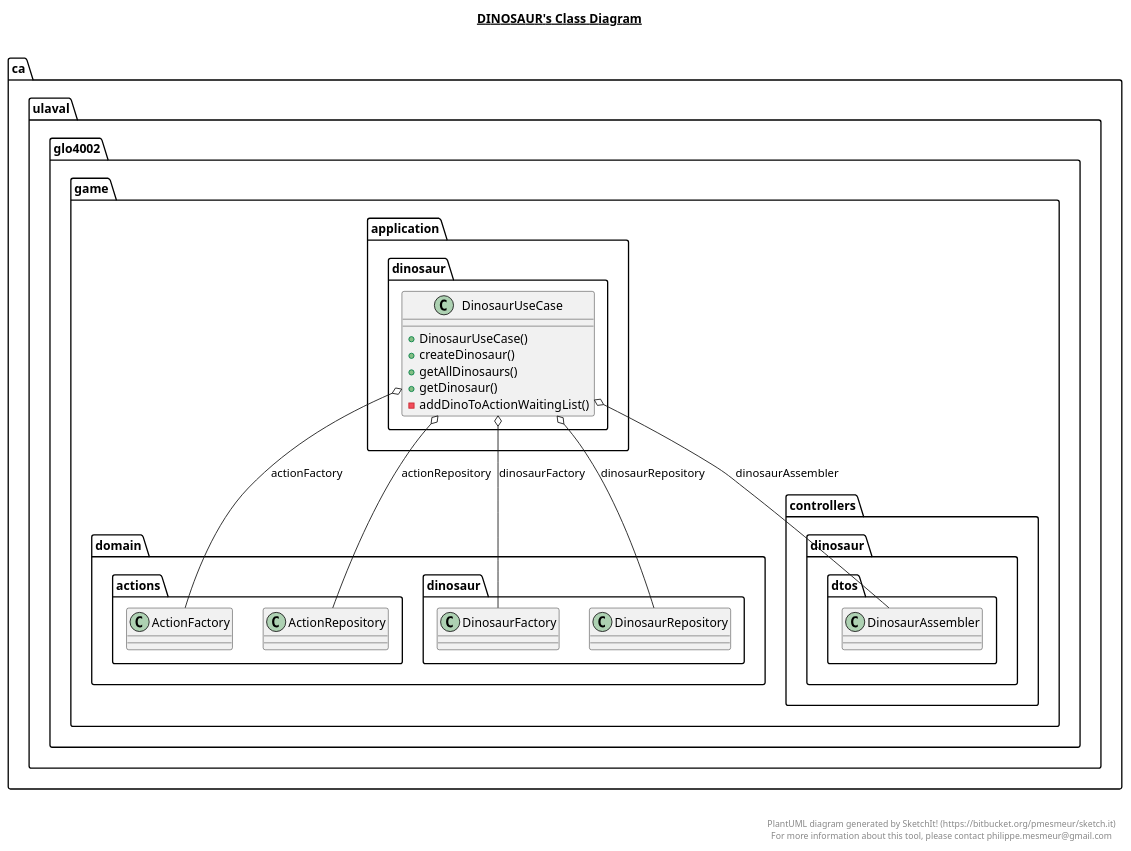
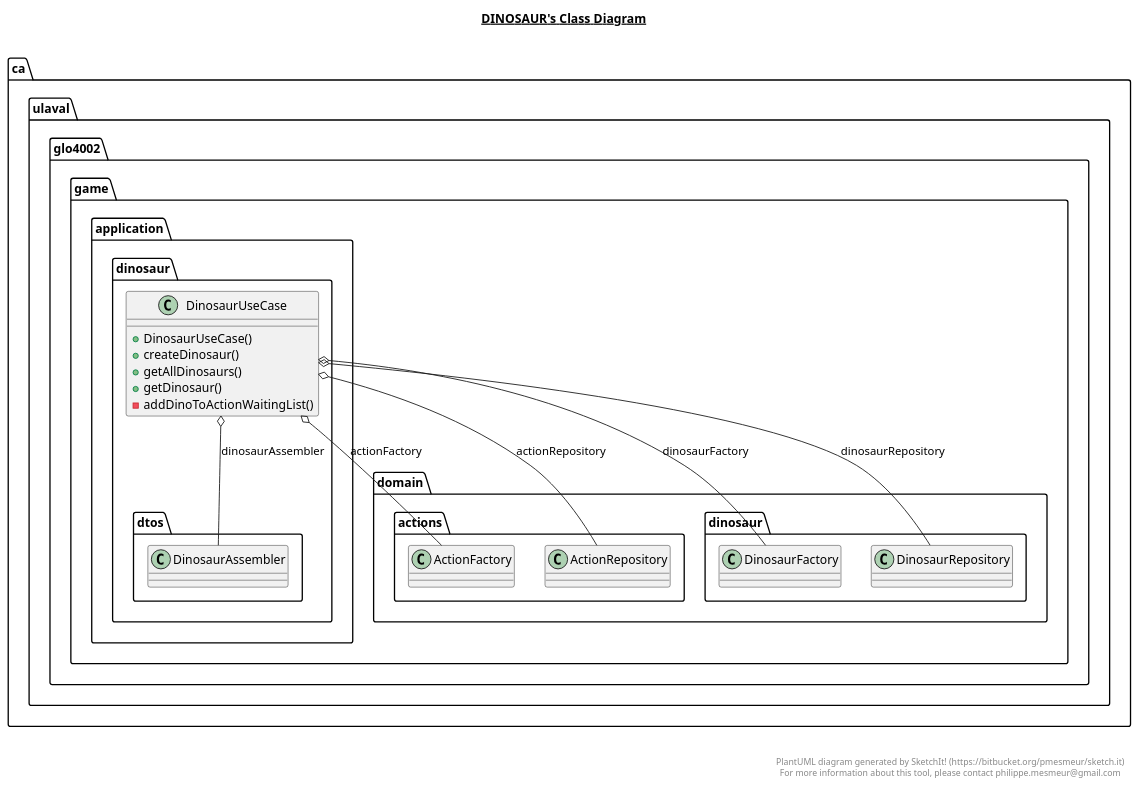
One commit to MALEC321/MEP7 changed the diagram in game-api/src/main/java/ca/ulaval/glo4002/game/application/dinosaur/dinosaur.plantuml. Above: the diagram before and after it, drawn with PlantUML. The commit also changed 27 other files, not shown here.

```diff
--- a/game-api/src/main/java/ca/ulaval/glo4002/game/application/dinosaur/dinosaur.plantuml
+++ b/game-api/src/main/java/ca/ulaval/glo4002/game/application/dinosaur/dinosaur.plantuml
@@ -1,31 +1,31 @@
 @startuml
 
 title __DINOSAUR's Class Diagram__\n
 
     namespace ca.ulaval.glo4002.game {
       namespace application.dinosaur {
         class ca.ulaval.glo4002.game.application.dinosaur.DinosaurUseCase {
             + DinosaurUseCase()
             + createDinosaur()
             + getAllDinosaurs()
             + getDinosaur()
             - addDinoToActionWaitingList()
         }
       }
     }
 
   ca.ulaval.glo4002.game.application.dinosaur.DinosaurUseCase o-- ca.ulaval.glo4002.game.domain.actions.ActionFactory : actionFactory
   ca.ulaval.glo4002.game.application.dinosaur.DinosaurUseCase o-- ca.ulaval.glo4002.game.domain.actions.ActionRepository : actionRepository
-  ca.ulaval.glo4002.game.application.dinosaur.DinosaurUseCase o-- ca.ulaval.glo4002.game.controllers.dinosaur.dtos.DinosaurAssembler : dinosaurAssembler
+  ca.ulaval.glo4002.game.application.dinosaur.DinosaurUseCase o-- ca.ulaval.glo4002.game.application.dinosaur.dtos.DinosaurAssembler : dinosaurAssembler
   ca.ulaval.glo4002.game.application.dinosaur.DinosaurUseCase o-- ca.ulaval.glo4002.game.domain.dinosaur.DinosaurFactory : dinosaurFactory
   ca.ulaval.glo4002.game.application.dinosaur.DinosaurUseCase o-- ca.ulaval.glo4002.game.domain.dinosaur.DinosaurRepository : dinosaurRepository
 
 
 right footer
 
 
 PlantUML diagram generated by SketchIt! (https://bitbucket.org/pmesmeur/sketch.it)
 For more information about this tool, please contact philippe.mesmeur@gmail.com
 endfooter
 
 @enduml
```
